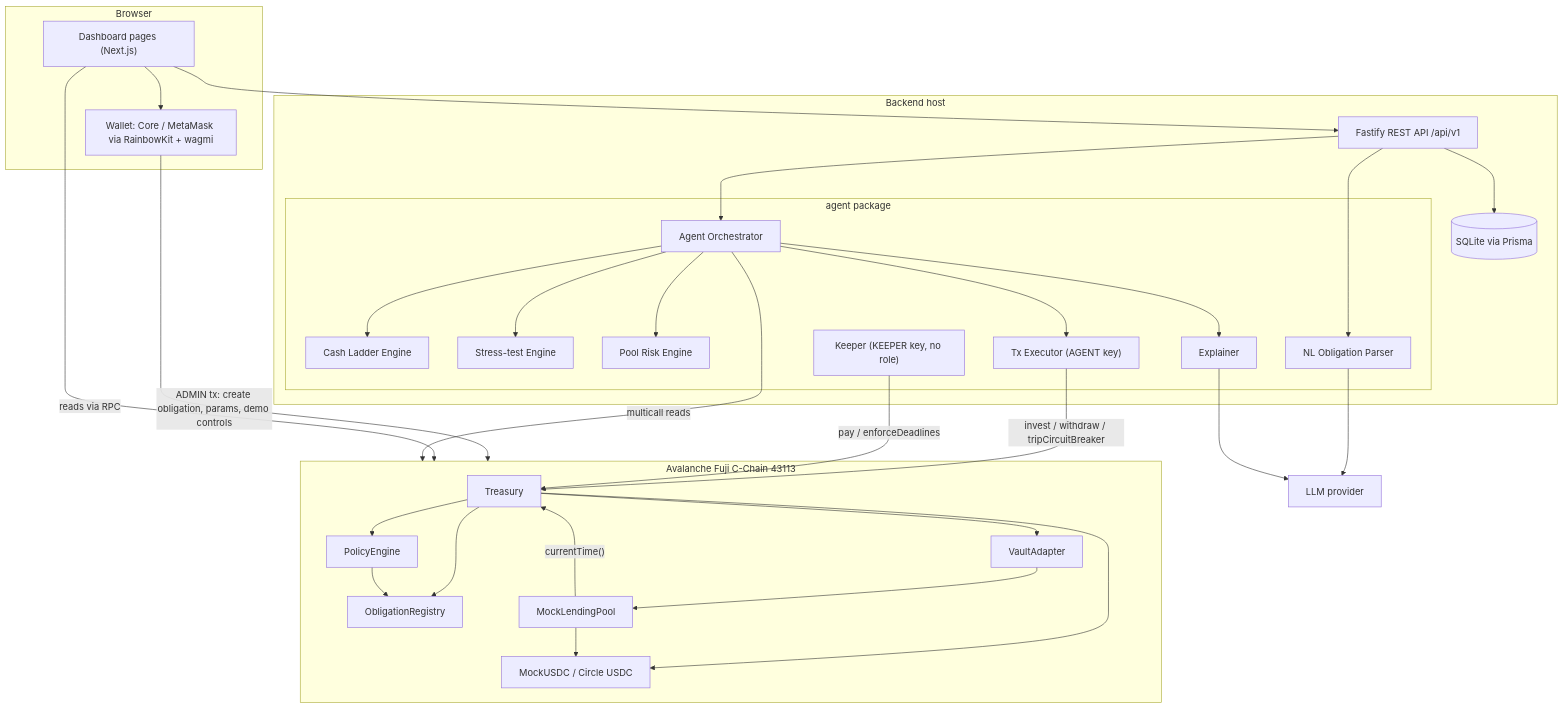
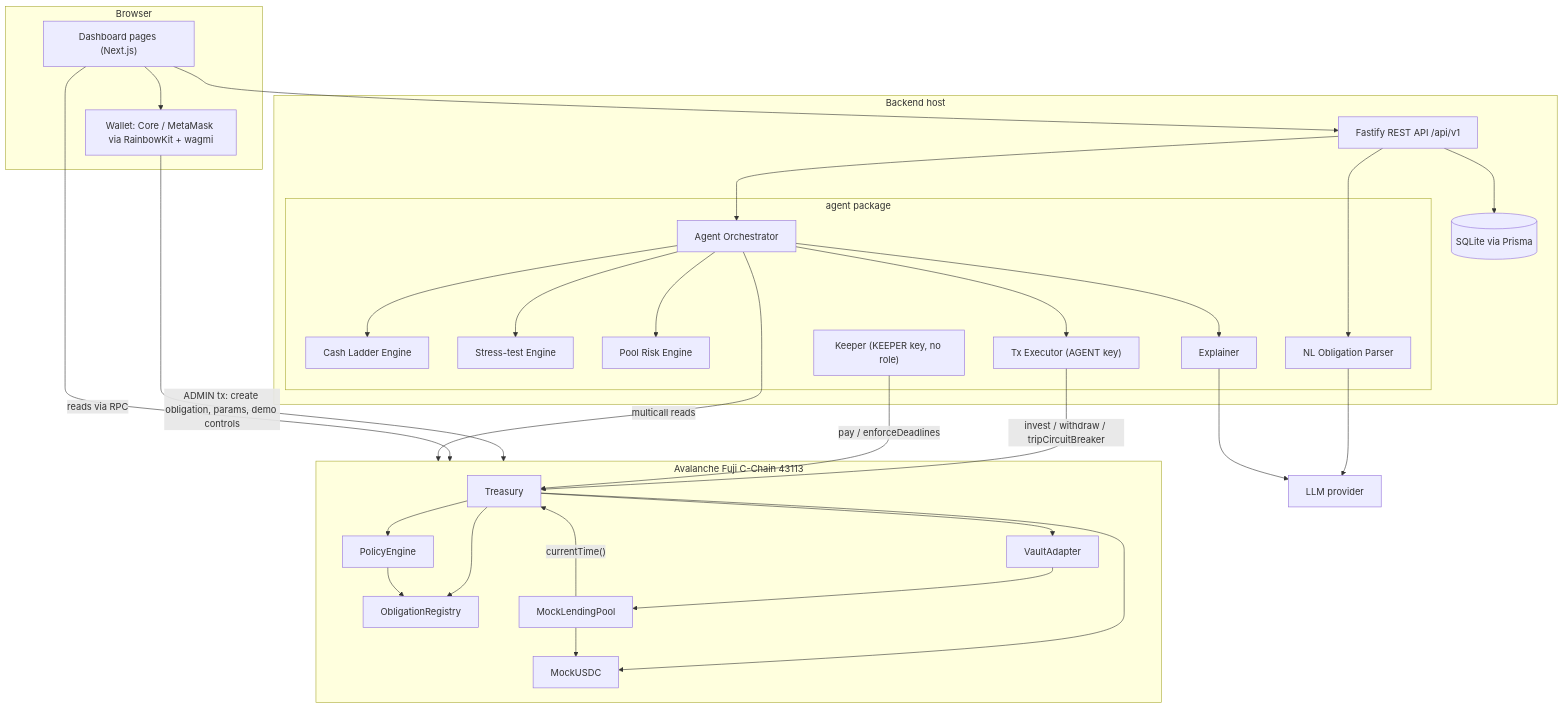
Before and after one commit to nhutnt05/RunwayMind: the diagram in README.md, drawn with Mermaid. The commit also changed other lines of this file and 78 other files, not shown here.

````diff
--- a/README.md
+++ b/README.md
@@ -37,52 +37,52 @@
 ```mermaid
 flowchart TB
   subgraph Browser
     UI["Dashboard pages (Next.js)"]
     W["Wallet: Core / MetaMask via RainbowKit + wagmi"]
   end
   subgraph Server["Backend host"]
     API["Fastify REST API /api/v1"]
     DB[("SQLite via Prisma")]
     subgraph Agent["agent package"]
       ORC["Agent Orchestrator"]
       CL["Cash Ladder Engine"]
       ST["Stress-test Engine"]
       PR["Pool Risk Engine"]
       NL["NL Obligation Parser"]
       EX["Explainer"]
       EXE["Tx Executor (AGENT key)"]
       KP["Keeper (KEEPER key, no role)"]
     end
   end
   LLM["LLM provider"]
   subgraph Fuji["Avalanche Fuji C-Chain 43113"]
     T["Treasury"]
     OR["ObligationRegistry"]
     PE["PolicyEngine"]
     VA["VaultAdapter"]
     MP["MockLendingPool"]
-    MU["MockUSDC / Circle USDC"]
+    MU["MockUSDC"]
   end
   UI --> API
   UI --> W
   W -->|"ADMIN tx: create obligation, params, demo controls"| Fuji
   UI -->|"reads via RPC"| Fuji
   API --> DB
   API --> ORC
   ORC --> CL & ST & PR & EX
   API --> NL
   NL --> LLM
   EX --> LLM
   ORC --> EXE
   EXE -->|"invest / withdraw / tripCircuitBreaker"| T
   KP -->|"pay / enforceDeadlines"| T
   ORC -->|"multicall reads"| Fuji
   T --> OR
   T --> PE
   PE --> OR
   T --> VA
   VA --> MP
   MP -->|"currentTime()"| T
   T --> MU
   MP --> MU
 ```
````
